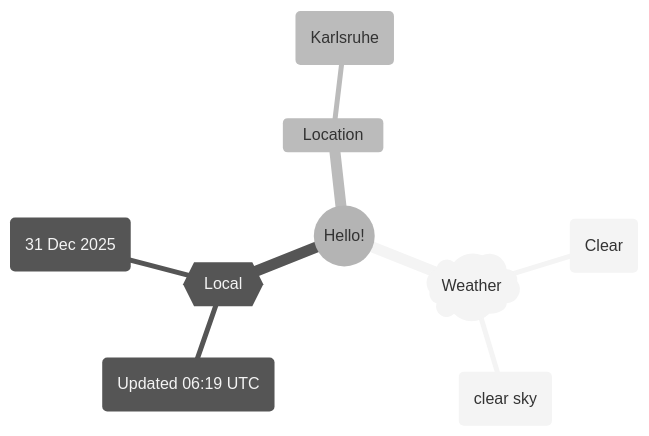
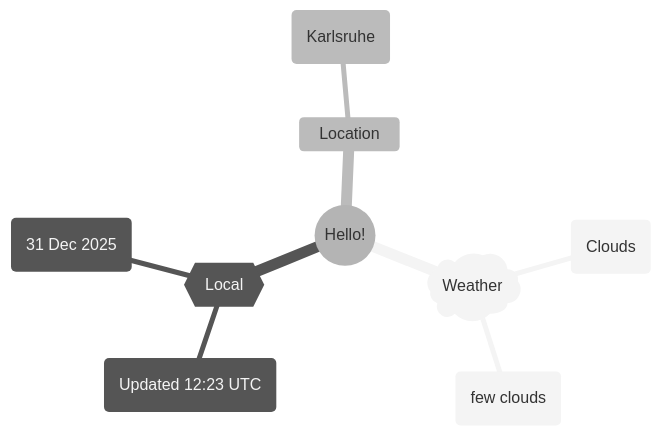
Before and after one commit to Xosrov/Xosrov: the first of 2 diagrams in README.md, drawn with Mermaid (neutral theme).

Commit message:
[bot] updated images

````diff
--- a/README.md
+++ b/README.md
@@ -3,12 +3,12 @@
 ```mermaid
 mindmap
   root((Hello!))
     )Weather(
-        (Clear)
-        (clear sky)
+        (Clouds)
+        (few clouds)
     {{Local}}
-        (Updated 06:19 UTC)
+        (Updated 12:23 UTC)
         (31 Dec 2025)
     Location
         (Karlsruhe)
 ```
````
